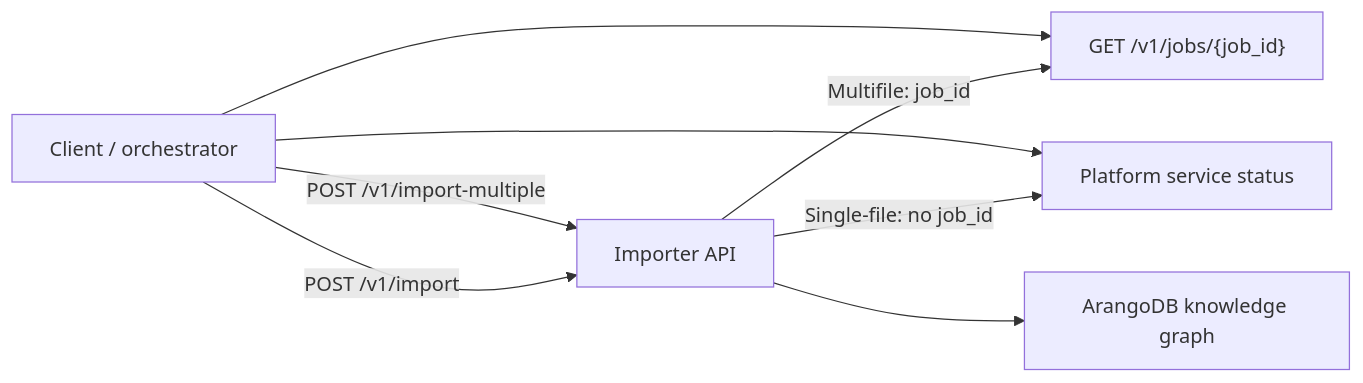
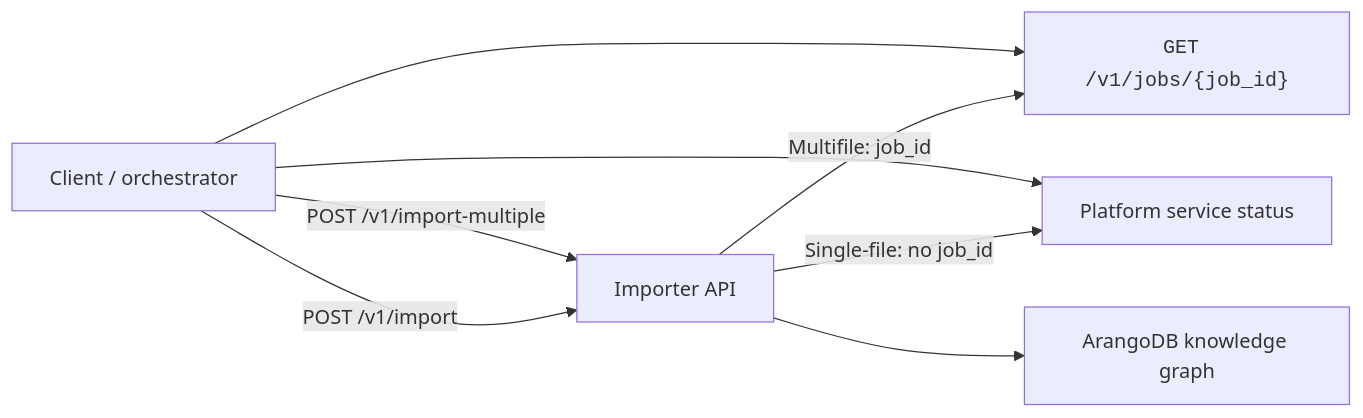
One commit to arangodb/docs-hugo changed the second of 2 diagrams in site/content/agentic-ai-suite/importer/architecture.md. Above: the diagram before and after it, drawn with Mermaid. The commit also changed 4 other files, not shown here.

First line of the commit message:
Nicer Mermaid diagrams

````diff
--- a/site/content/agentic-ai-suite/importer/architecture.md
+++ b/site/content/agentic-ai-suite/importer/architecture.md
@@ -145,16 +145,16 @@
 ```mermaid
 flowchart LR
   Client["Client / orchestrator"]
   API["Importer API"]
-  Poll["GET /v1/jobs/{job_id}"]
+  Poll["<code>GET /v1/jobs/{job_id}</code>"]
   Status["Platform service status"]
   DB["ArangoDB knowledge graph"]
 
   Client -->|POST /v1/import| API
   Client -->|POST /v1/import-multiple| API
   API -->|Single-file: no job_id| Status
   API -->|Multifile: job_id| Poll
   Client --> Poll
   Client --> Status
   API --> DB
 ```
````
